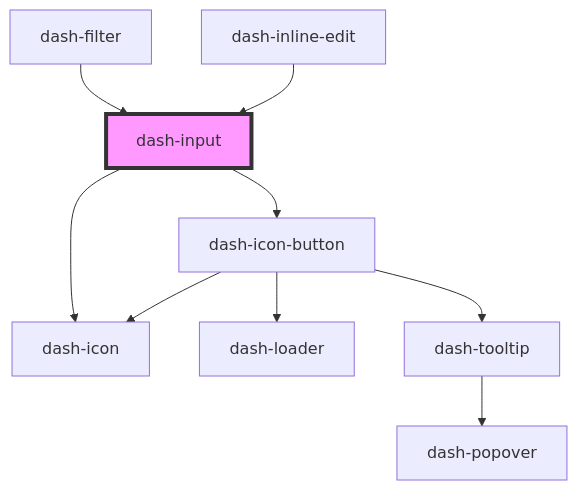
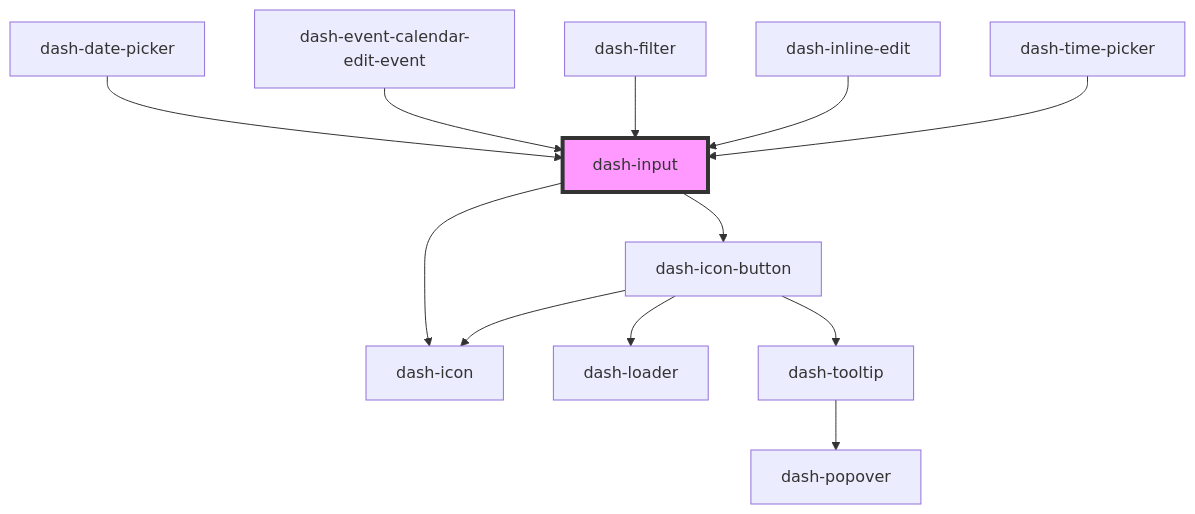
One commit to jmanke/dash changed the diagram in packages/dash-components/src/components/dash-input/readme.md. Above: the diagram before and after it, drawn with Mermaid. The commit also changed other lines of this file and 15 other files, not shown here.

````diff
--- a/packages/dash-components/src/components/dash-input/readme.md
+++ b/packages/dash-components/src/components/dash-input/readme.md
@@ -65,12 +69,15 @@
 ```mermaid
 graph TD;
   dash-input --> dash-icon
   dash-input --> dash-icon-button
   dash-icon-button --> dash-icon
   dash-icon-button --> dash-loader
   dash-icon-button --> dash-tooltip
   dash-tooltip --> dash-popover
+  dash-date-picker --> dash-input
+  dash-event-calendar-edit-event --> dash-input
   dash-filter --> dash-input
   dash-inline-edit --> dash-input
+  dash-time-picker --> dash-input
   style dash-input fill:#f9f,stroke:#333,stroke-width:4px
 ```
````
